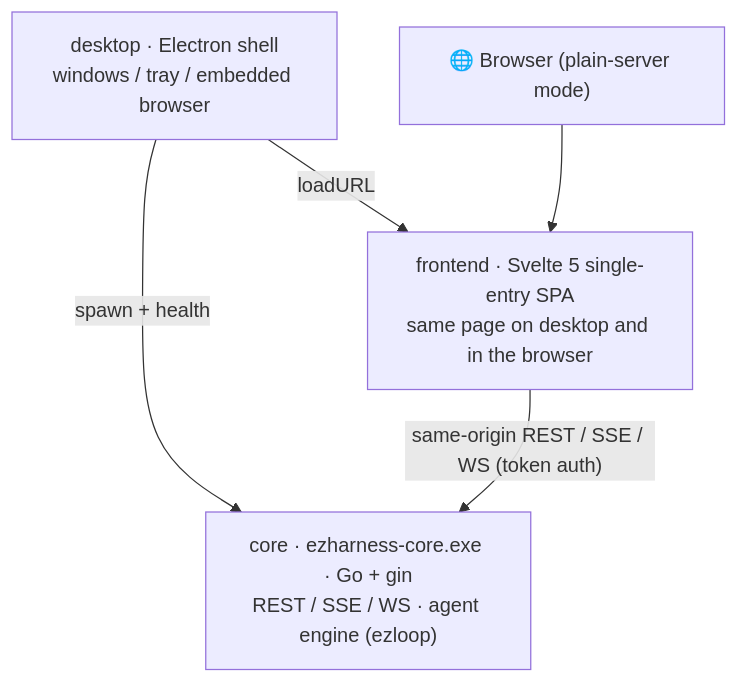
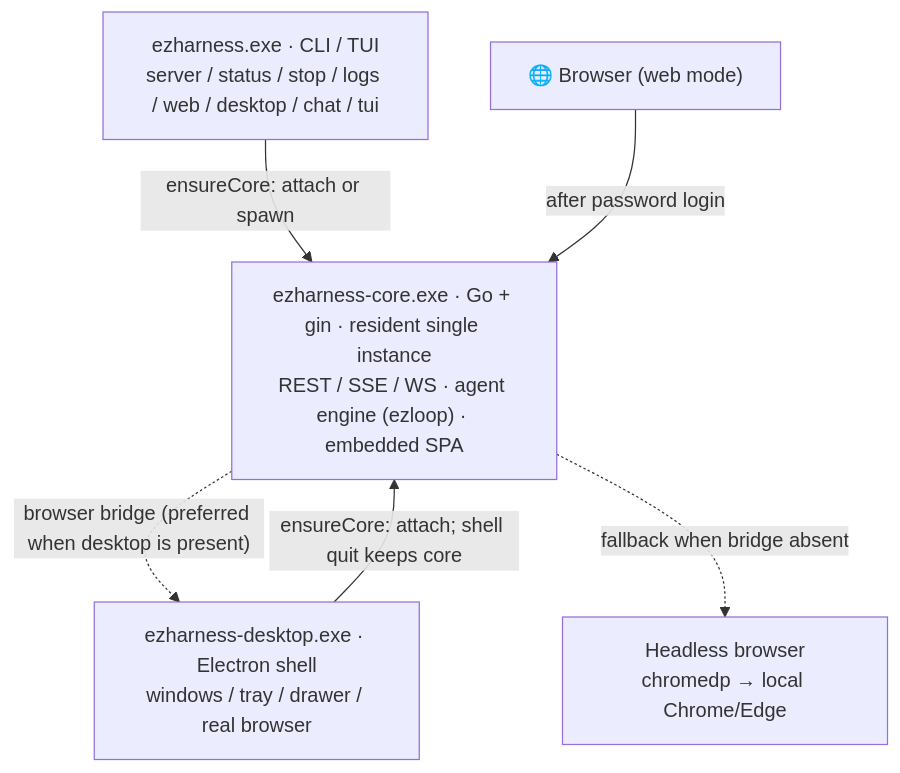
Before and after one commit to xuanlv2002/ezharness: the diagram in README.en.md, drawn with Mermaid. The commit also changed other lines of this file and 16 other files, not shown here.

````diff
--- a/README.en.md
+++ b/README.en.md
@@ -101,10 +105,13 @@
 ```mermaid
 flowchart TB
-    DESK["desktop · Electron shell<br/>windows / tray / embedded browser"] -- "spawn + health" --> CORE
-    CORE["core · ezharness-core.exe · Go + gin<br/>REST / SSE / WS · agent engine (ezloop)"]
-    FE["frontend · Svelte 5 single-entry SPA<br/>same page on desktop and in the browser"]
-    WEB["🌐 Browser (plain-server mode)"]
-    DESK -- "loadURL" --> FE
-    WEB --> FE
-    FE -- "same-origin REST / SSE / WS (token auth)" --> CORE
+    CLI["ezharness.exe · CLI / TUI<br/>server / status / stop / logs / web / desktop / chat / tui"]
+    DESK["ezharness-desktop.exe · Electron shell<br/>windows / tray / drawer / real browser"]
+    WEB["🌐 Browser (web mode)"]
+    CORE["ezharness-core.exe · Go + gin · resident single instance<br/>REST / SSE / WS · agent engine (ezloop) · embedded SPA"]
+    HE["Headless browser<br/>chromedp → local Chrome/Edge"]
+    CLI -- "ensureCore: attach or spawn" --> CORE
+    DESK -- "ensureCore: attach; shell quit keeps core" --> CORE
+    WEB -- "after password login" --> CORE
+    CORE -. "browser bridge (preferred when desktop is present)" .-> DESK
+    CORE -. "fallback when bridge absent" .-> HE
 ```
````
